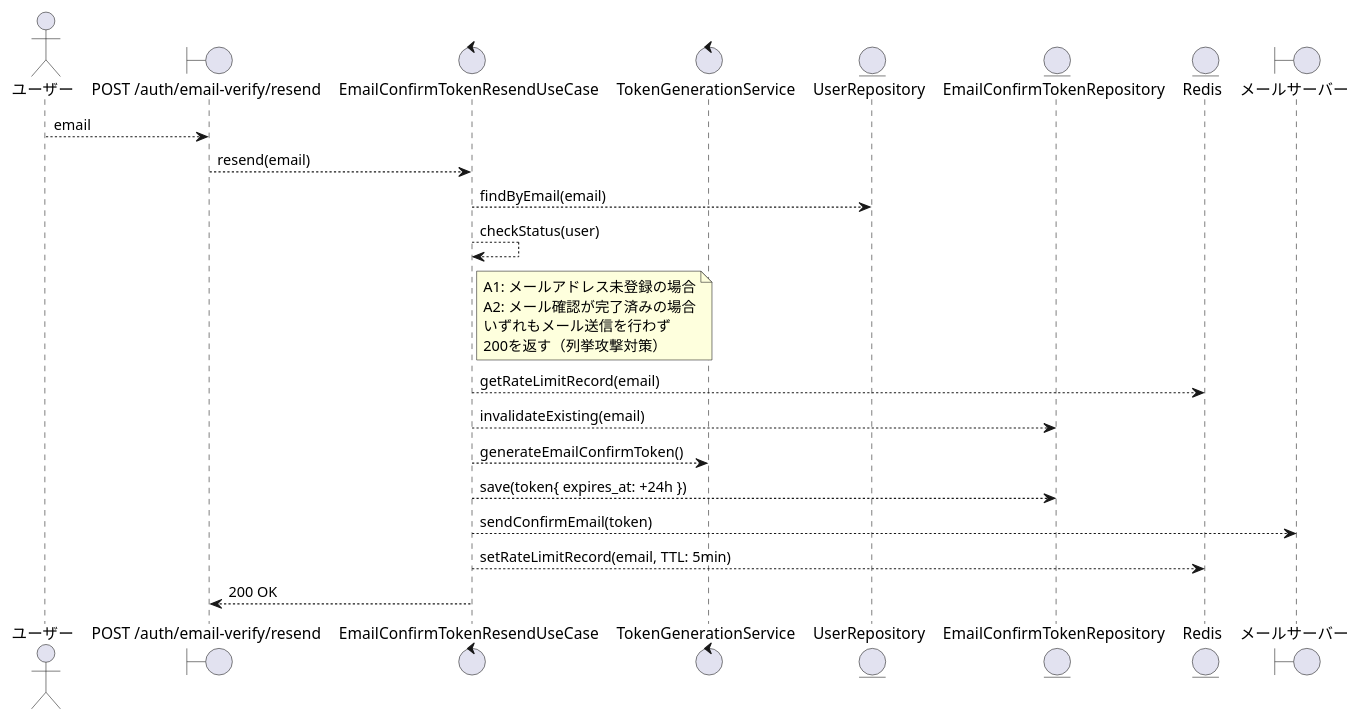
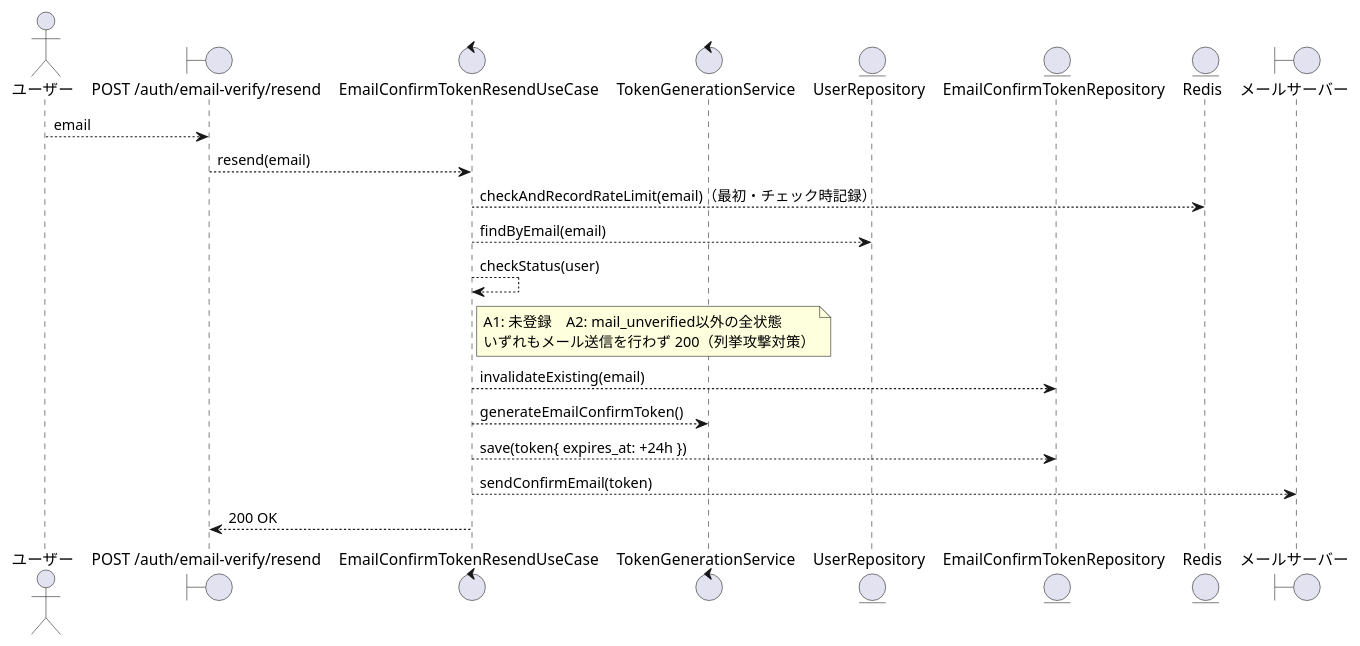
The first of 2 diagrams in .docs/design/buc/BUC-U03.md (suunet/POC_HYDRA_AUTH), drawn with PlantUML before and after one commit. The commit also changed other lines of this file and 5 other files, not shown here.

````diff
--- a/.docs/design/buc/BUC-U03.md
+++ b/.docs/design/buc/BUC-U03.md
@@ -68,40 +69,37 @@
 ```plantuml
 @startuml
 skinparam componentStyle rectangle
 skinparam backgroundColor White
 
 actor "ユーザー" as ユーザー
 
 boundary "POST /auth/email-verify/resend" as 再送信API
 control "EmailConfirmTokenResendUseCase" as ユースケース
 control "TokenGenerationService" as トークン生成
 entity "UserRepository" as ユーザーRepo
 entity "EmailConfirmTokenRepository" as 確認トークンRepo
 entity "Redis" as Redis
 boundary "メールサーバー" as メールサーバー
 
 ユーザー --> 再送信API : email
 
 再送信API --> ユースケース : resend(email)
 
+ユースケース --> Redis : checkAndRecordRateLimit(email)（最初・チェック時記録）
 ユースケース --> ユーザーRepo : findByEmail(email)
 ユースケース --> ユースケース : checkStatus(user)
 
 note right of ユースケース
-  A1: メールアドレス未登録の場合
-  A2: メール確認が完了済みの場合
-  いずれもメール送信を行わず
-  200を返す（列挙攻撃対策）
+  A1: 未登録　A2: mail_unverified以外の全状態
+  いずれもメール送信を行わず 200（列挙攻撃対策）
 end note
 
-ユースケース --> Redis : getRateLimitRecord(email)
 ユースケース --> 確認トークンRepo : invalidateExisting(email)
 ユースケース --> トークン生成 : generateEmailConfirmToken()
 ユースケース --> 確認トークンRepo : save(token{ expires_at: +24h })
 ユースケース --> メールサーバー : sendConfirmEmail(token)
-ユースケース --> Redis : setRateLimitRecord(email, TTL: 5min)
 
 再送信API <-- ユースケース : 200 OK
 
 @enduml
 ```
````
